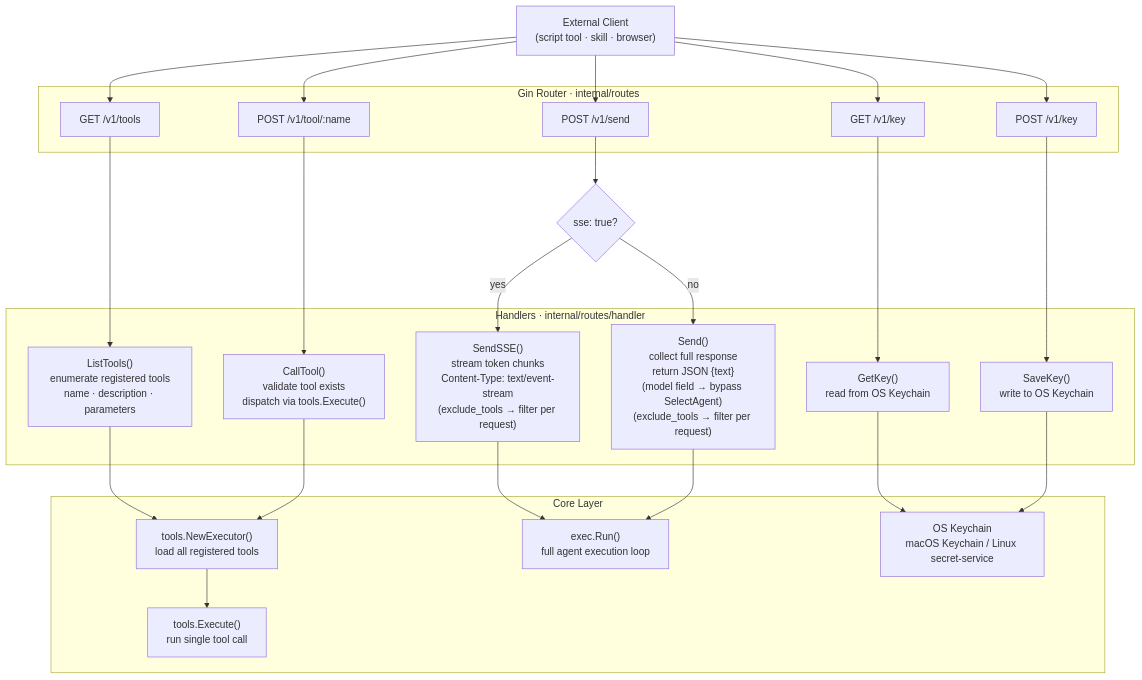
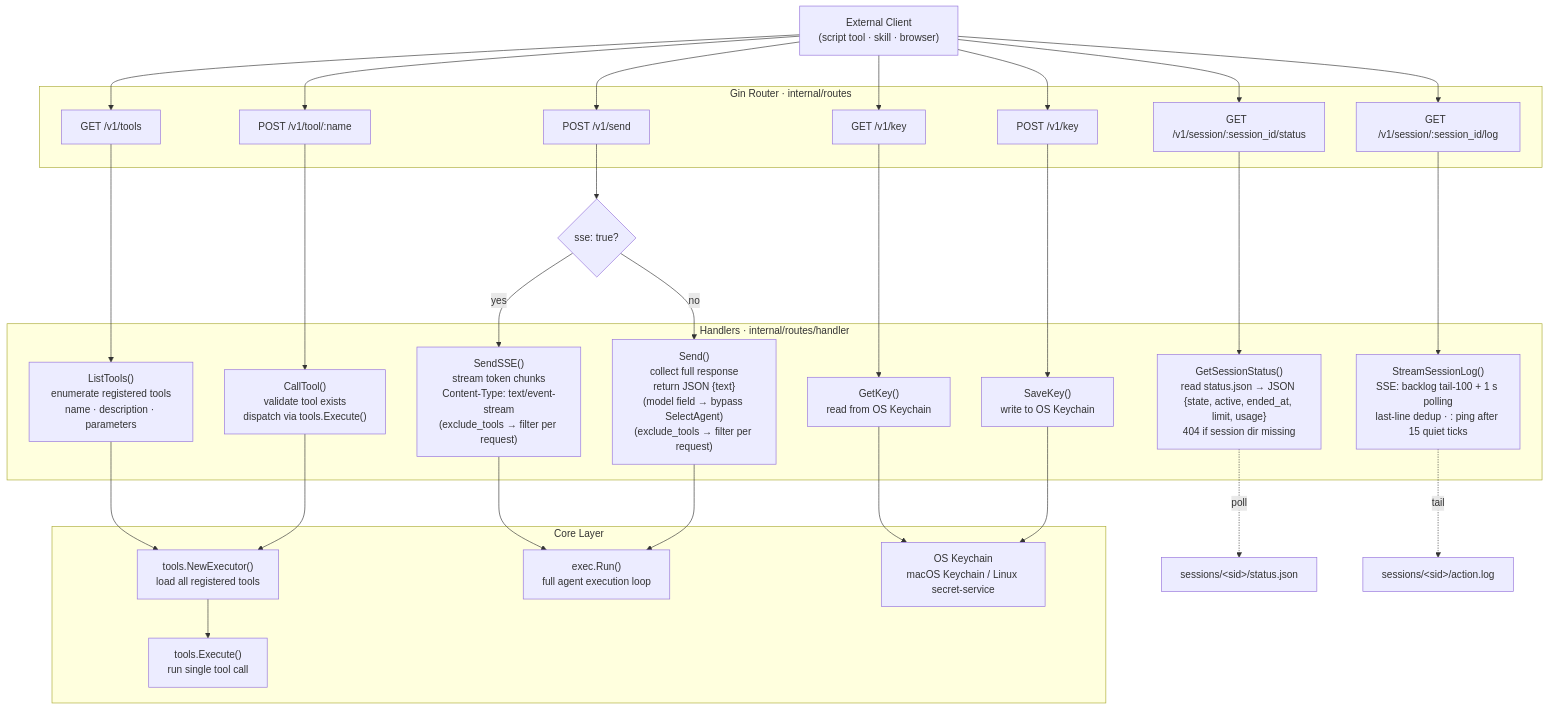
Before and after one commit to pardnchiu/Agenvoy: the ninth of 9 diagrams in doc/architecture.md, drawn with Mermaid. The commit also changed other lines of this file and 7 other files, not shown here.

````diff
--- a/doc/architecture.md
+++ b/doc/architecture.md
@@ -425,46 +425,54 @@
 ```mermaid
 flowchart TD
     Client["External Client\n(script tool · skill · browser)"]
 
     subgraph Router ["Gin Router · internal/routes"]
         R1["GET  /v1/tools"]
         R2["POST /v1/tool/:name"]
         R3["POST /v1/send"]
         R4["GET  /v1/key"]
         R5["POST /v1/key"]
+        R6["GET  /v1/session/:session_id/status"]
+        R7["GET  /v1/session/:session_id/log"]
     end
 
     subgraph Handlers ["Handlers · internal/routes/handler"]
         H1["ListTools()\nenumerate registered tools\nname · description · parameters"]
         H2["CallTool()\nvalidate tool exists\ndispatch via tools.Execute()"]
         H3SSE["SendSSE()\nstream token chunks\nContent-Type: text/event-stream\n(exclude_tools → filter per request)"]
         H3JSON["Send()\ncollect full response\nreturn JSON {text}\n(model field → bypass SelectAgent)\n(exclude_tools → filter per request)"]
         H4["GetKey()\nread from OS Keychain"]
         H5["SaveKey()\nwrite to OS Keychain"]
+        H6["GetSessionStatus()\nread status.json → JSON {state, active, ended_at, limit, usage}\n404 if session dir missing"]
+        H7["StreamSessionLog()\nSSE: backlog tail-100 + 1 s polling\nlast-line dedup · : ping after 15 quiet ticks"]
     end
 
     subgraph Core ["Core Layer"]
         Executor["tools.NewExecutor()\nload all registered tools"]
         Execute["tools.Execute()\nrun single tool call"]
         Run["exec.Run()\nfull agent execution loop"]
         KC["OS Keychain\nmacOS Keychain / Linux secret-service"]
     end
 
     SSECheck{"sse: true?"}
 
-    Client --> R1 & R2 & R3 & R4 & R5
+    Client --> R1 & R2 & R3 & R4 & R5 & R6 & R7
     R1 --> H1
     R2 --> H2
     R3 --> SSECheck
     SSECheck -->|"yes"| H3SSE
     SSECheck -->|"no"| H3JSON
     R4 --> H4
     R5 --> H5
+    R6 --> H6
+    R7 --> H7
 
     H1 --> Executor
     H2 --> Executor --> Execute
     H3SSE --> Run
     H3JSON --> Run
     H4 --> KC
     H5 --> KC
+    H6 -.->|"poll"| StatusFile["sessions/&lt;sid&gt;/status.json"]
+    H7 -.->|"tail"| ActionFile["sessions/&lt;sid&gt;/action.log"]
 ```
````
